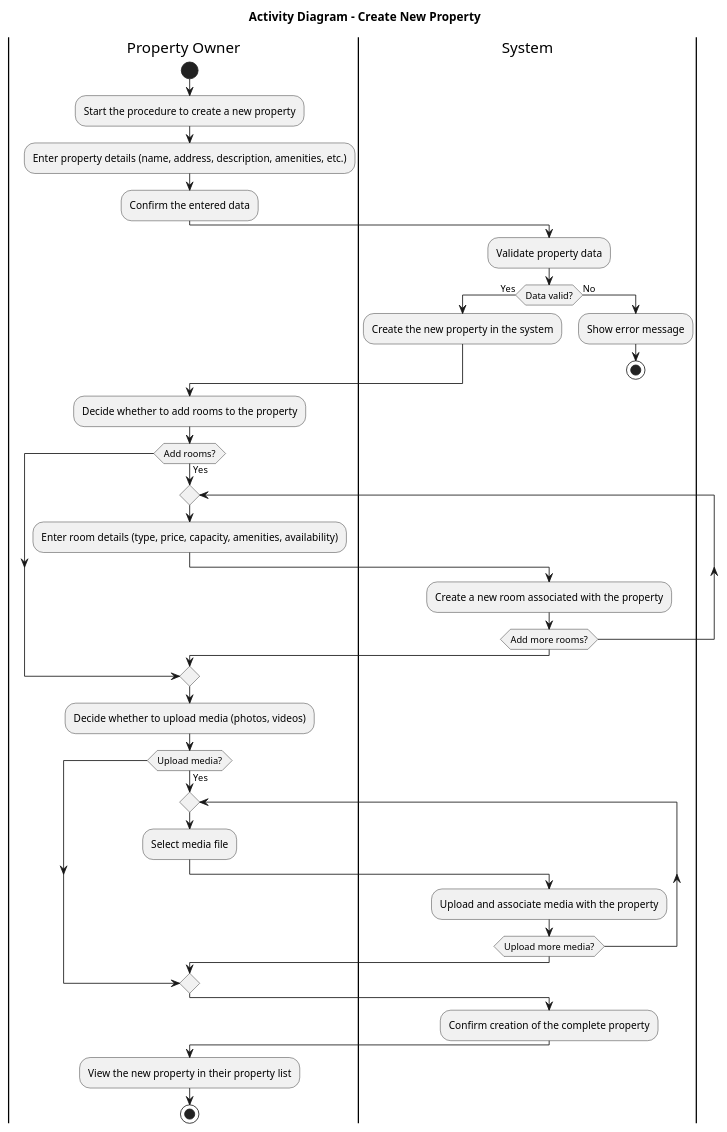
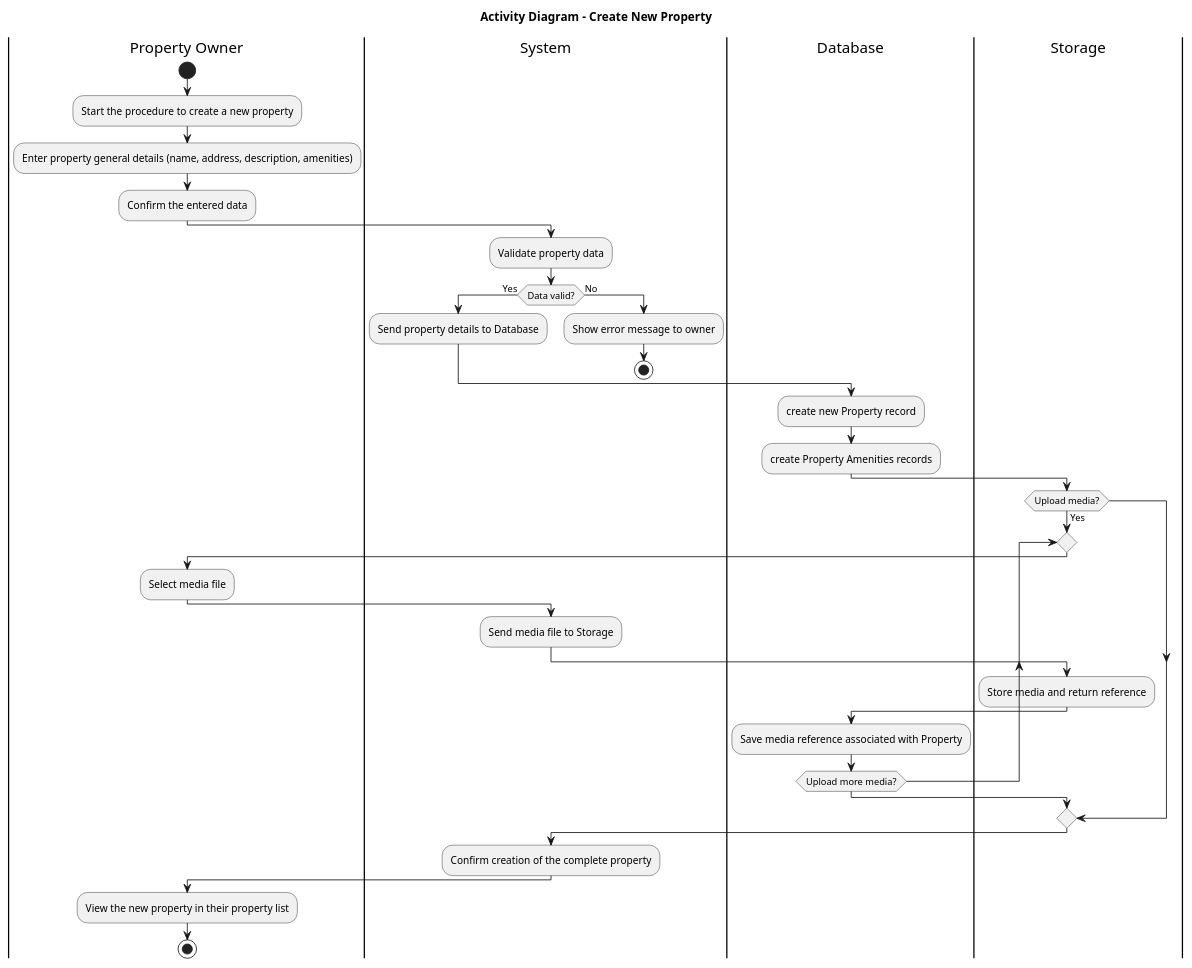
One commit to Formola/progettazione-hotel changed the diagram in docs/plantuml/analisi/activity_create_property.puml. Above: the diagram before and after it, drawn with PlantUML. The commit also changed other lines of this file and 12 other files, not shown here.

Commit message:
Aggiorna diagrammi e file generati analisi

```diff
--- a/docs/plantuml/analisi/activity_create_property.puml
+++ b/docs/plantuml/analisi/activity_create_property.puml
@@ -2,47 +1,43 @@
-@startuml activity_create_property
+@startuml activity_create_property_final
 title Activity Diagram – Create New Property
 
 |Property Owner|
 start
 :Start the procedure to create a new property;
-:Enter property details (name, address, description, amenities, etc.);
+:Enter property general details (name, address, description, amenities);
 :Confirm the entered data;
 
 |System|
 :Validate property data;
 if (Data valid?) then (Yes)
-  :Create the new property in the system;
+  :Send property details to Database;
 else (No)
-  :Show error message;
+  :Show error message to owner;
   stop
 endif
 
-|Property Owner|
-:Decide whether to add rooms to the property;
+|Database|
+:create new Property record;
+:create Property Amenities records;
 
-if (Add rooms?) then (Yes)
-  repeat
-    :Enter room details (type, price, capacity, amenities, availability);
-    |System|
-    :Create a new room associated with the property;
-  repeat while (Add more rooms?)
-endif
-
-|Property Owner|
-:Decide whether to upload media (photos, videos);
-
+|Storage|
 if (Upload media?) then (Yes)
   repeat
+    |Property Owner|
     :Select media file;
     |System|
-    :Upload and associate media with the property;
+    :Send media file to Storage;
+    |Storage|
+    :Store media and return reference;
+    |Database|
+    :Save media reference associated with Property;
   repeat while (Upload more media?)
 endif
 
 |System|
 :Confirm creation of the complete property;
 
 |Property Owner|
 :View the new property in their property list;
 stop
 @enduml
```
